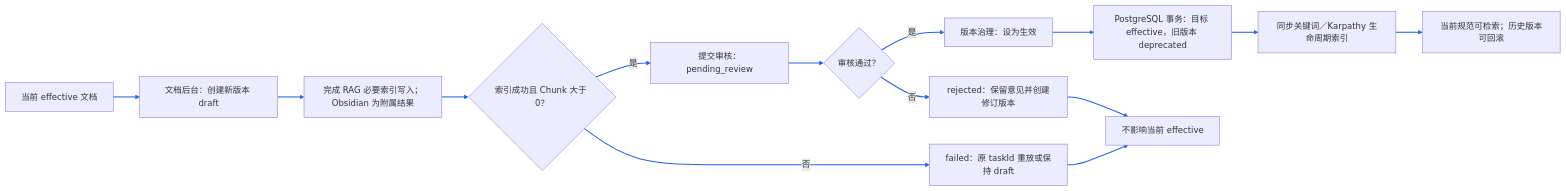
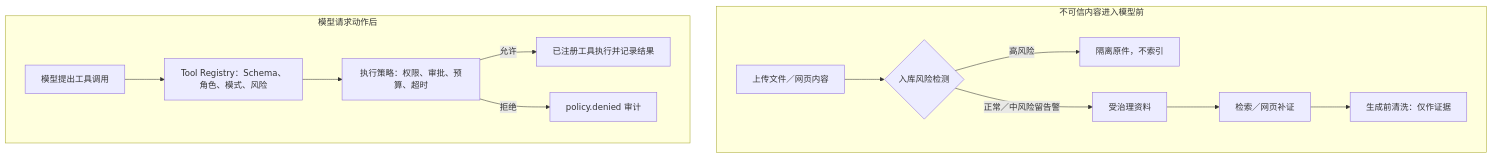
Before and after one commit to monstereatai/RAG: diagram 15 of 15 in docs/interview/功能步骤流程.md, drawn with Mermaid. The commit also changed other lines of this file and 217 other files, not shown here.

First line of the commit message:
refactor(rag): replace karpathy facade with bounded services

````diff
--- a/docs/interview/功能步骤流程.md
+++ b/docs/interview/功能步骤流程.md
@@ -1266,17 +528,16 @@
 ```mermaid
-flowchart LR
-  A[当前 effective 文档] --> B[文档后台：创建新版本 draft]
-  B --> C[完成 RAG 必要索引写入；Obsidian 为附属结果]
-  C --> D{索引成功且 Chunk 大于 0？}
-  D -->|是| E[提交审核：pending_review]
-  E --> F{审核通过？}
-  F -->|是| G[版本治理：设为生效]
-  G --> H[PostgreSQL 事务：目标 effective，旧版本 deprecated]
-  H --> I[同步关键词／Karpathy 生命周期索引]
-  I --> J[当前规范可检索；历史版本可回滚]
-  F -->|否| K[rejected：保留意见并创建修订版本]
-  D -->|否| L[failed：原 taskId 重放或保持 draft]
-  K --> M[不影响当前 effective]
-  L --> M
-  linkStyle 0,1,2,3,4,5,6,7,8,9,10,11,12 stroke:#2563eb,stroke-width:2px
+flowchart TB
+  subgraph CONTENT[不可信内容进入模型前]
+    A[上传文件／网页内容] --> B{入库风险检测}
+    B -->|高风险| C[隔离原件，不索引]
+    B -->|正常／中风险留告警| D[受治理资料]
+    D --> E[检索／网页补证]
+    E --> F[生成前清洗：仅作证据]
+  end
+  subgraph ACTION[模型请求动作后]
+    G[模型提出工具调用] --> H[Tool Registry：Schema、角色、模式、风险]
+    H --> I[执行策略：权限、审批、预算、超时]
+    I -->|允许| J[已注册工具执行并记录结果]
+    I -->|拒绝| K[policy.denied 审计]
+  end
 ```
````
